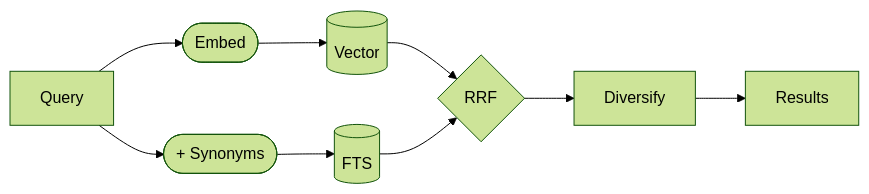
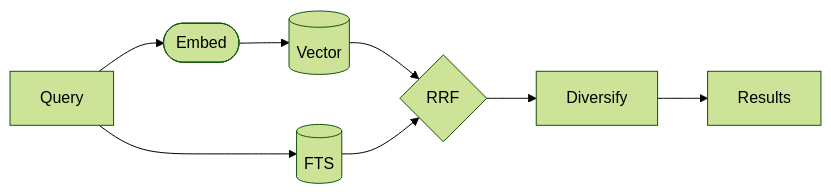
The second of 2 diagrams in README.md (romankurakin/sova), drawn with Mermaid (forest theme) before and after one commit. The commit also changed other lines of this file and 20 other files, not shown here.

````diff
--- a/README.md
+++ b/README.md
@@ -56,8 +55,8 @@
 ```mermaid
 flowchart LR
     Query --> Embed([Embed]) --> Vector[(Vector)]
-    Query --> Expand([+ Synonyms]) --> BM25[(FTS)]
+    Query --> BM25[(FTS)]
     Vector --> RRF{RRF}
     BM25 --> RRF
     RRF --> Diverse[Diversify] --> Results
 ```
````
